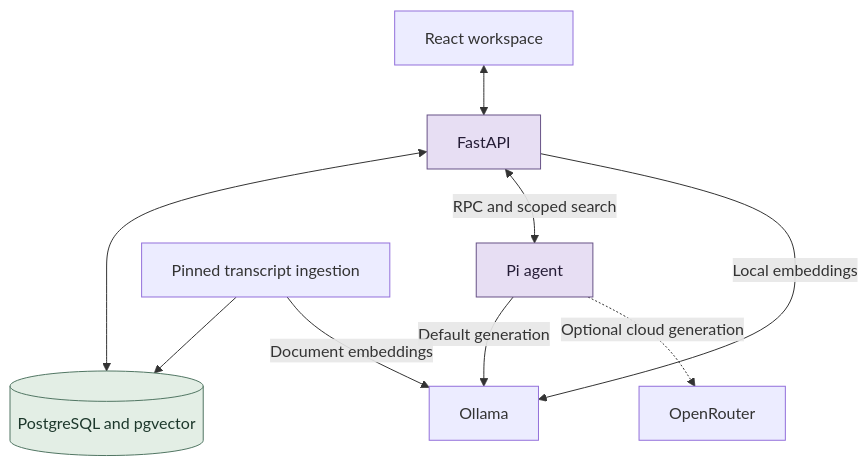
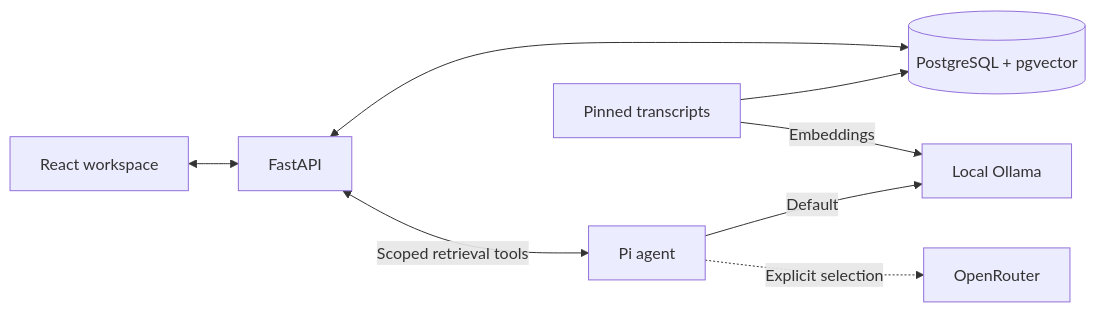
One commit to vivekvattem/lenny changed the diagram in README.md. Above: the diagram before and after it, drawn with Mermaid. The commit also changed other lines of this file and 58 other files, not shown here.

````diff
--- a/README.md
+++ b/README.md
@@ -72,16 +79,10 @@
 ```mermaid
-flowchart TD
-    UI["React workspace"] <--> API["FastAPI"]
-    API <--> DB[("PostgreSQL and pgvector")]
-    API <-->|RPC and scoped search| PI["Pi agent"]
-    API -->|Local embeddings| OLLAMA["Ollama"]
-    PI -->|Default generation| OLLAMA
-    PI -.->|Optional cloud generation| CLOUD["OpenRouter"]
-    INGEST["Pinned transcript ingestion"] --> DB
-    INGEST -->|Document embeddings| OLLAMA
-
-    classDef core fill:#e7def3,stroke:#675286,color:#251d36
-    classDef data fill:#e3eee5,stroke:#517663,color:#1d382c
-    class API,PI core
-    class DB data
+flowchart LR
+    UI[React workspace] <--> API[FastAPI]
+    API <--> DB[(PostgreSQL + pgvector)]
+    API <-->|Scoped retrieval tools| PI[Pi agent]
+    PI -->|Default| LOCAL[Local Ollama]
+    PI -.->|Explicit selection| CLOUD[OpenRouter]
+    INGEST[Pinned transcripts] --> DB
+    INGEST -->|Embeddings| LOCAL
 ```
````
